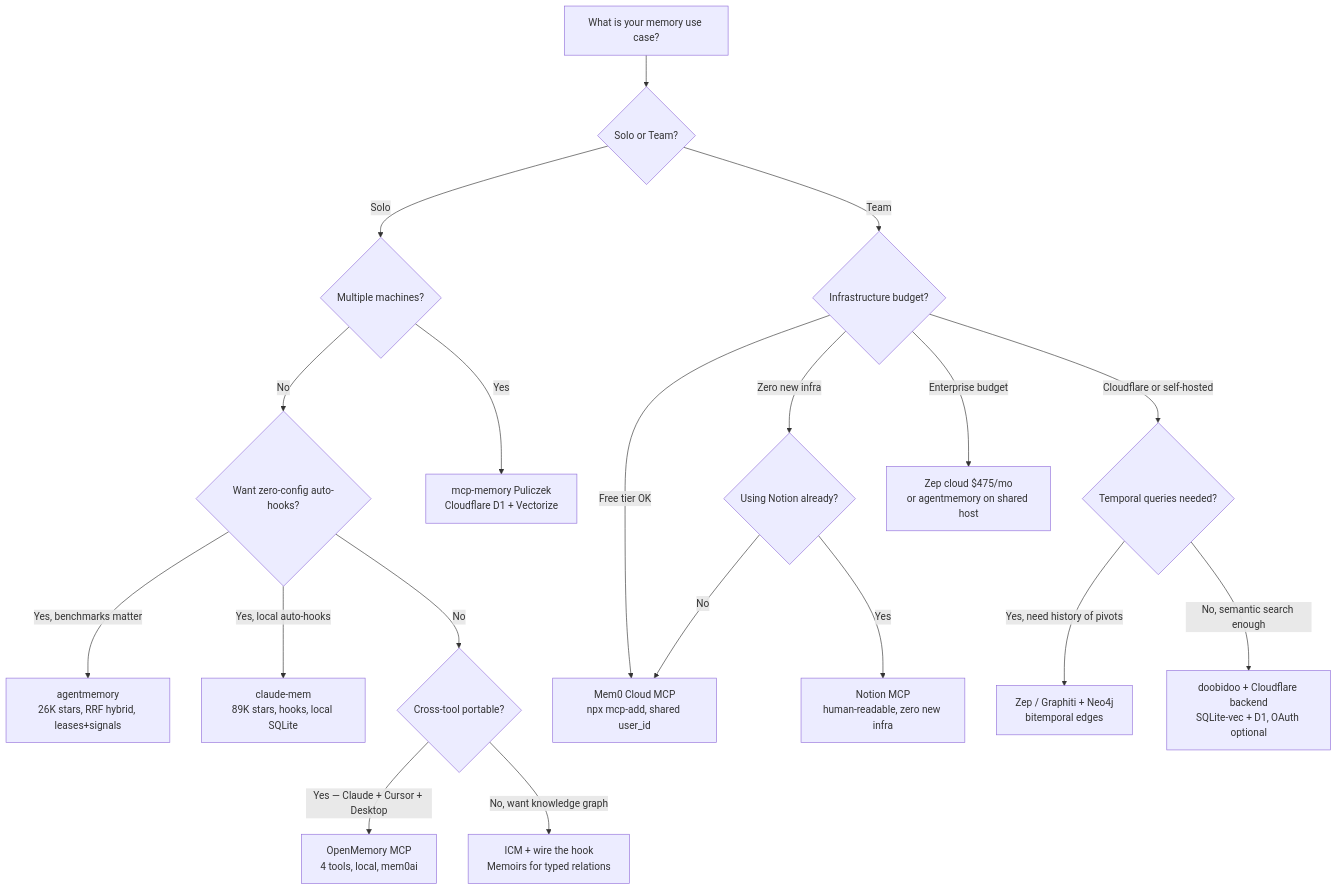
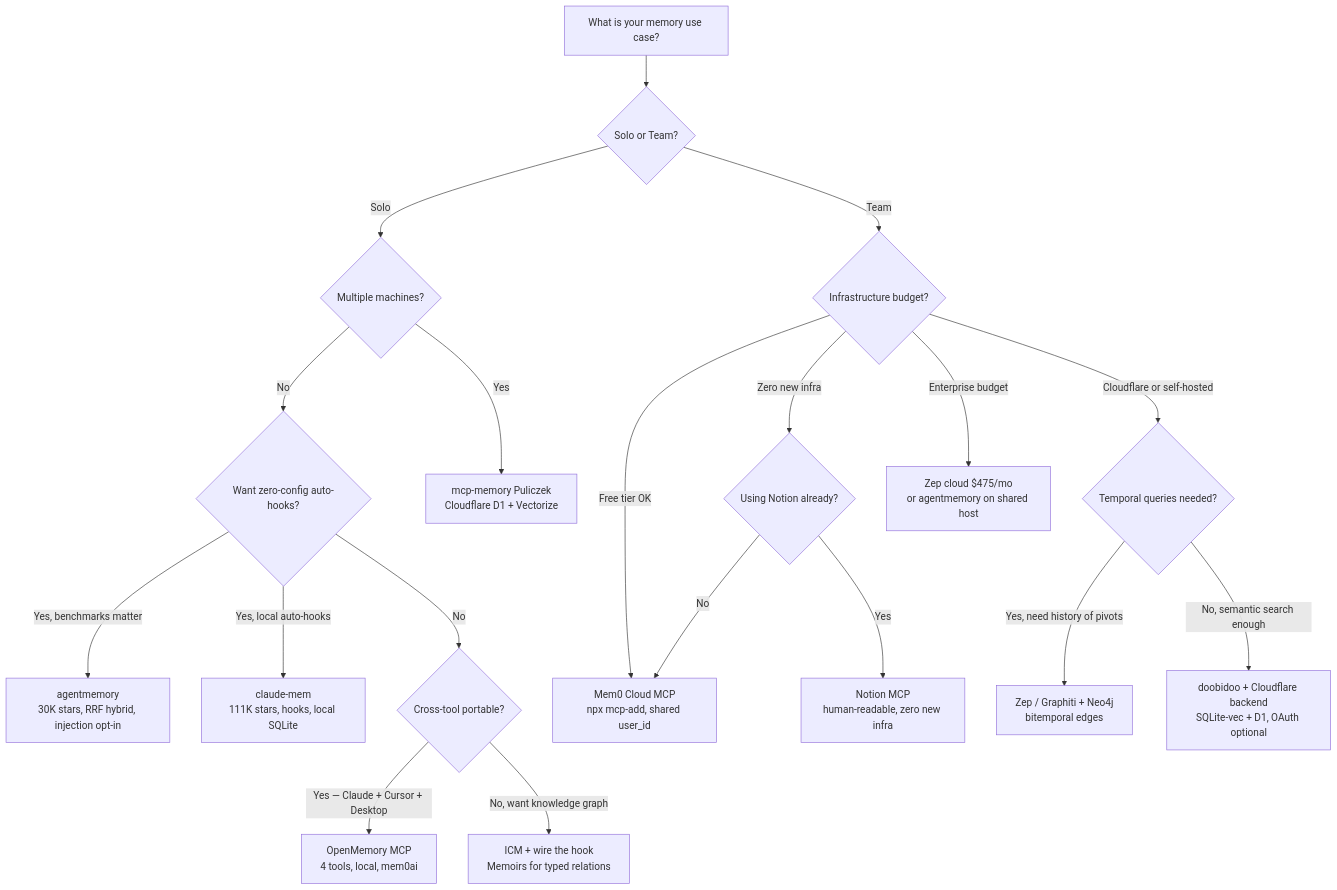
One commit to FlorianBruniaux/claude-code-ultimate-guide changed the diagram in guide/core/memory-systems.md. Above: the diagram before and after it, drawn with Mermaid. The commit also changed other lines of this file and 11 other files, not shown here.

````diff
--- a/guide/core/memory-systems.md
+++ b/guide/core/memory-systems.md
@@ -1025,28 +1104,28 @@
 ```mermaid
 flowchart TD
     A[What is your memory use case?] --> B{Solo or Team?}
 
     B -->|Solo| C{Multiple machines?}
     B -->|Team| T{Infrastructure budget?}
 
     C -->|No| D{Want zero-config auto-hooks?}
     C -->|Yes| E[mcp-memory Puliczek\nCloudflare D1 + Vectorize]
 
-    D -->|Yes, benchmarks matter| H[agentmemory\n26K stars, RRF hybrid, leases+signals]
-    D -->|Yes, local auto-hooks| I[claude-mem\n89K stars, hooks, local SQLite]
+    D -->|Yes, benchmarks matter| H[agentmemory\n30K stars, RRF hybrid, injection opt-in]
+    D -->|Yes, local auto-hooks| I[claude-mem\n111K stars, hooks, local SQLite]
     D -->|No| G{Cross-tool portable?}
 
     G -->|Yes — Claude + Cursor + Desktop| J[OpenMemory MCP\n4 tools, local, mem0ai]
     G -->|No, want knowledge graph| K[ICM + wire the hook\nMemoirs for typed relations]
 
     T -->|Zero new infra| U{Using Notion already?}
     T -->|Free tier OK| V[Mem0 Cloud MCP\nnpx mcp-add, shared user_id]
     T -->|Cloudflare or self-hosted| W{Temporal queries needed?}
     T -->|Enterprise budget| X[Zep cloud $475/mo\nor agentmemory on shared host]
 
     U -->|Yes| Y[Notion MCP\nhuman-readable, zero new infra]
     U -->|No| V
 
     W -->|Yes, need history of pivots| Z[Zep / Graphiti + Neo4j\nbitemporal edges]
     W -->|No, semantic search enough| AA[doobidoo + Cloudflare backend\nSQLite-vec + D1, OAuth optional]
 ```
````
